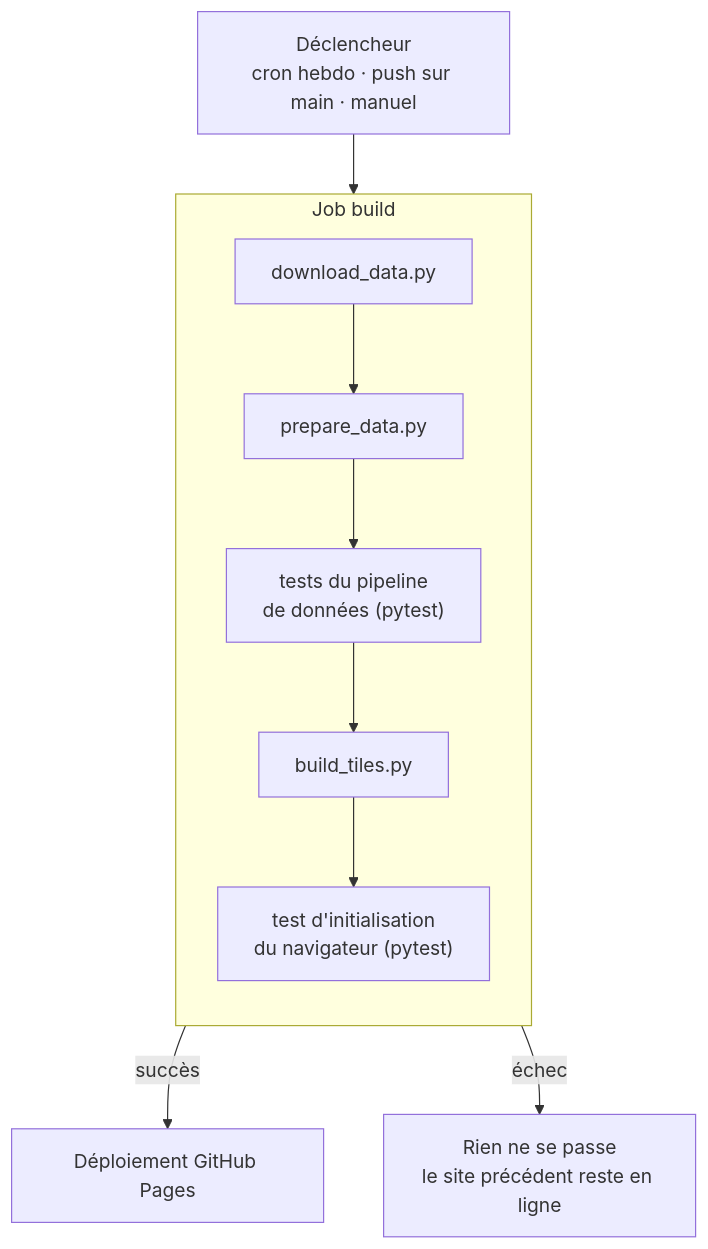
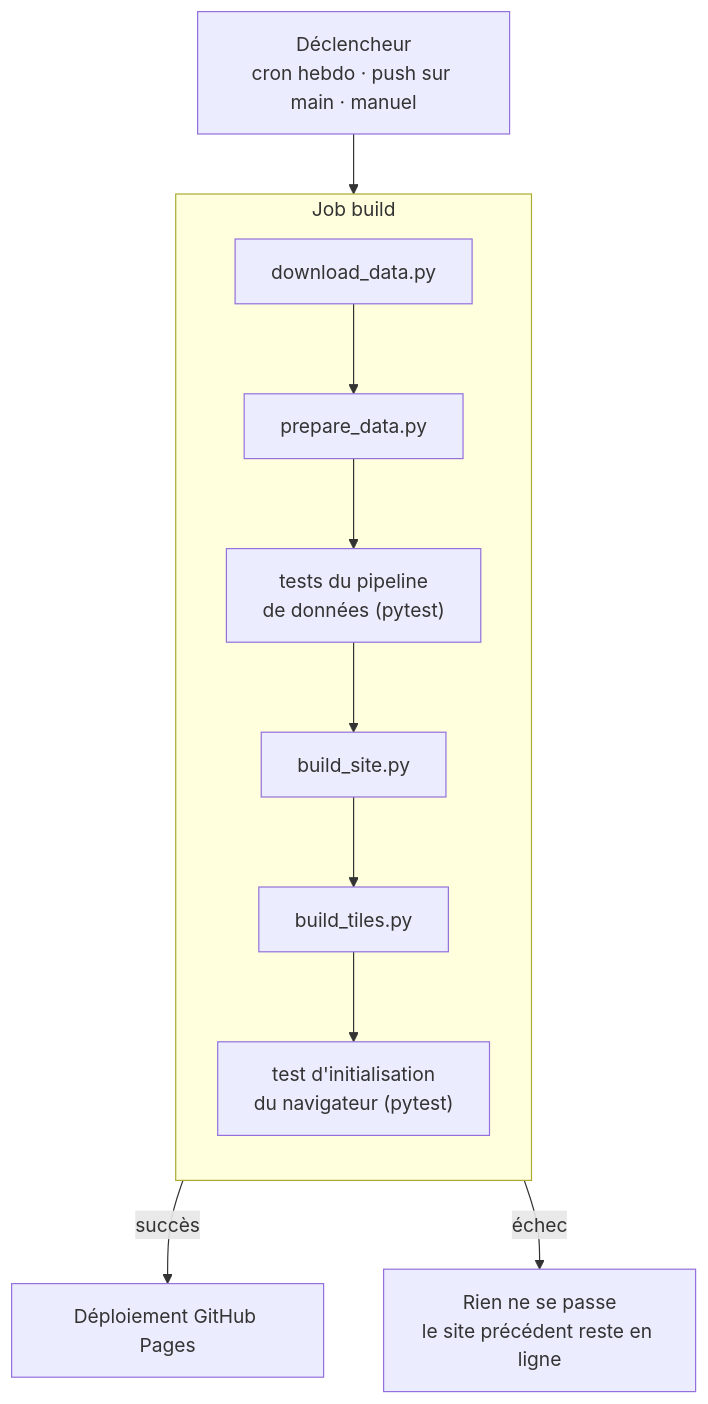
One commit to gefleury/transports-accessibles-idf changed the second of 2 diagrams in doc/pipeline.md. Above: the diagram before and after it, drawn with Mermaid. The commit also changed other lines of this file and 14 other files, not shown here.

````diff
--- a/doc/pipeline.md
+++ b/doc/pipeline.md
@@ -24,10 +24,10 @@
 ```mermaid
 flowchart TD
     Trigger["Déclencheur\ncron hebdo · push sur main · manuel"] --> Build
     subgraph Build["Job build"]
         direction TB
-        B1[download_data.py] --> B2[prepare_data.py] --> B3["tests du pipeline\nde données (pytest)"] --> B4[build_tiles.py] --> B5["test d'initialisation\ndu navigateur (pytest)"]
+        B1[download_data.py] --> B2[prepare_data.py] --> B3["tests du pipeline\nde données (pytest)"] --> B4[build_site.py] --> B5[build_tiles.py] --> B6["test d'initialisation\ndu navigateur (pytest)"]
     end
     Build -->|succès| Deploy[Déploiement GitHub Pages]
     Build -->|échec| Stop["Rien ne se passe\nle site précédent reste en ligne"]
 ```
````
